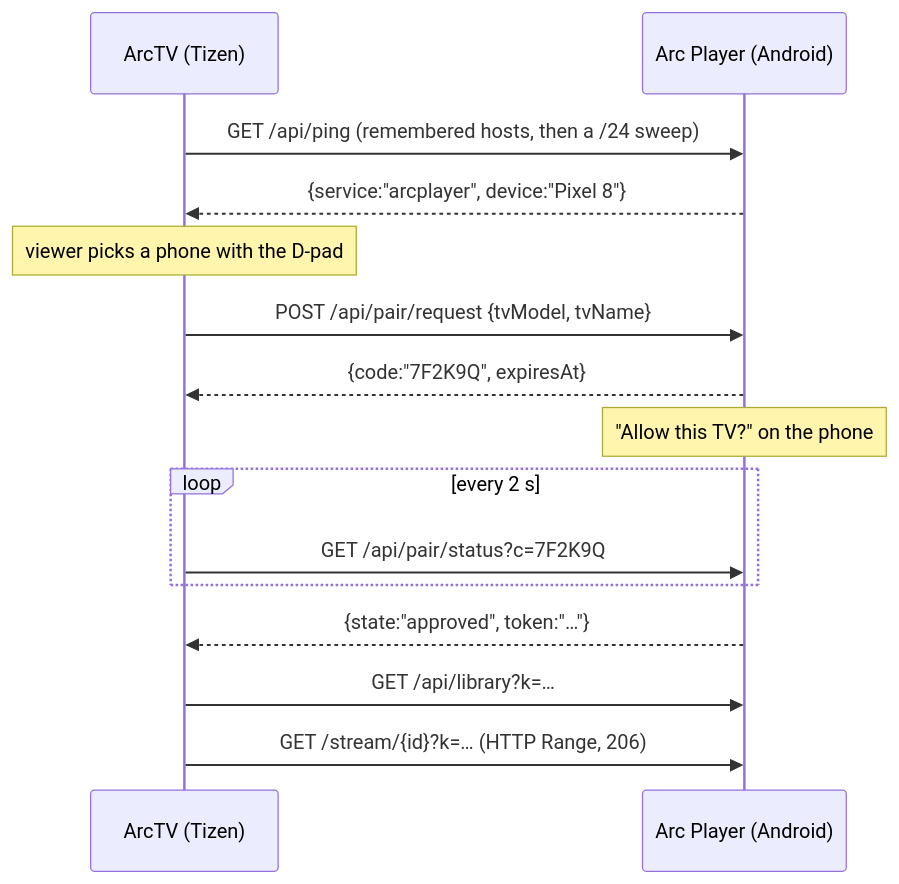
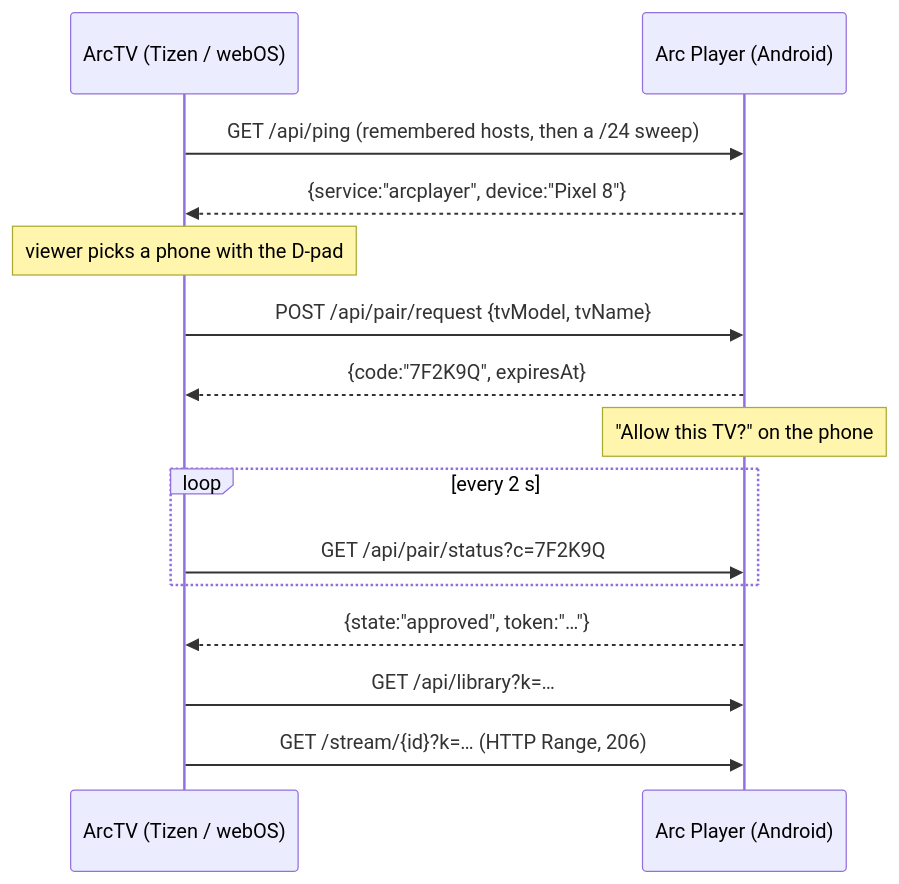
The diagram in README.md (aesw0x/arctv), drawn with Mermaid before and after one commit. The commit also changed other lines of this file and 23 other files, not shown here.

````diff
--- a/README.md
+++ b/README.md
@@ -37,18 +46,18 @@
 ```mermaid
 sequenceDiagram
-    participant TV as ArcTV (Tizen)
+    participant TV as ArcTV (Tizen / webOS)
     participant PH as Arc Player (Android)
 
     TV->>PH: GET /api/ping  (remembered hosts, then a /24 sweep)
     PH-->>TV: {service:"arcplayer", device:"Pixel 8"}
     Note over TV: viewer picks a phone with the D-pad
     TV->>PH: POST /api/pair/request {tvModel, tvName}
     PH-->>TV: {code:"7F2K9Q", expiresAt}
     Note over PH: "Allow this TV?" on the phone
     loop every 2 s
         TV->>PH: GET /api/pair/status?c=7F2K9Q
     end
     PH-->>TV: {state:"approved", token:"…"}
     TV->>PH: GET /api/library?k=…
     TV->>PH: GET /stream/{id}?k=…  (HTTP Range, 206)
 ```
````
